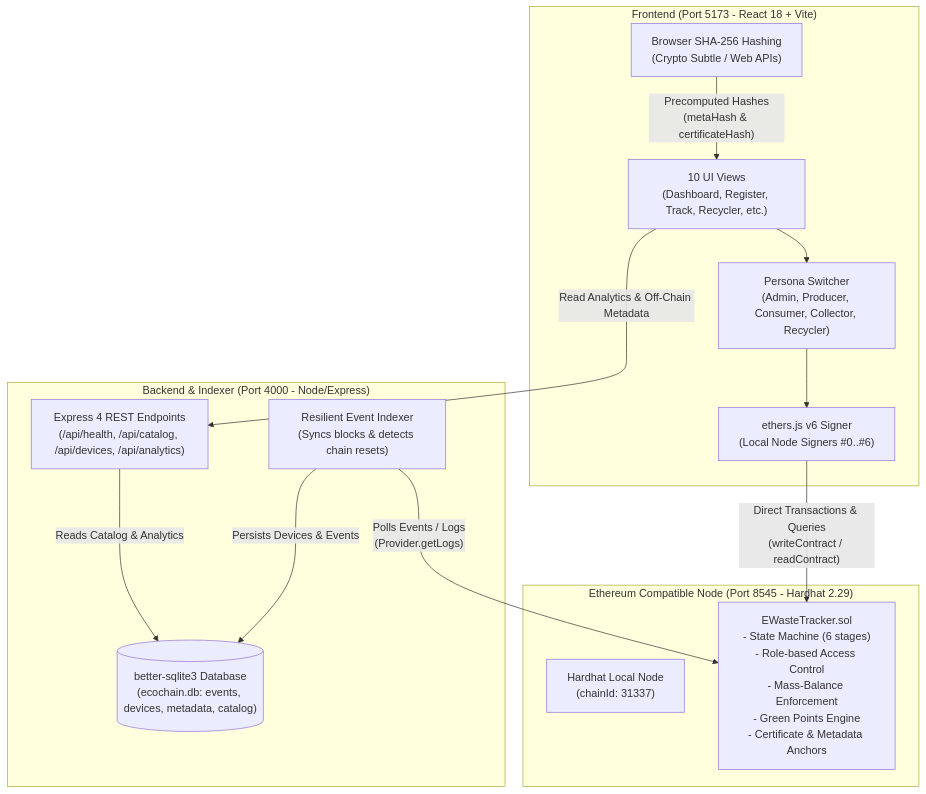
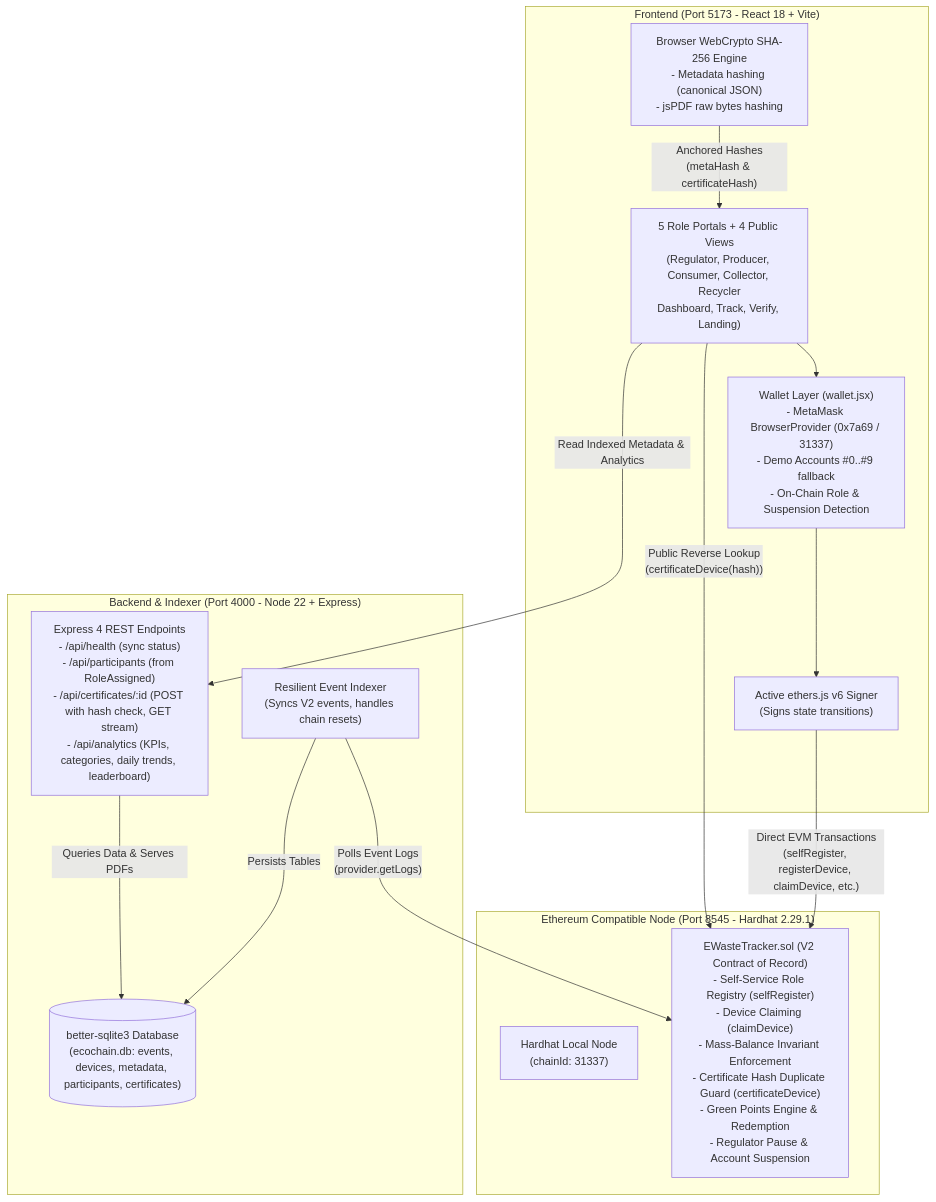
One commit to missnikk/ecochain-ewaste-tracker changed the first of 3 diagrams in docs/architecture.md. Above: the diagram before and after it, drawn with Mermaid. The commit also changed other lines of this file and 9 other files, not shown here.

````diff
--- a/docs/architecture.md
+++ b/docs/architecture.md
@@ -5,32 +5,33 @@
 ```mermaid
 flowchart TB
     subgraph Client ["Frontend (Port 5173 - React 18 + Vite)"]
-        UI["10 UI Views\n(Dashboard, Register, Track, Recycler, etc.)"]
-        Switcher["Persona Switcher\n(Admin, Producer, Consumer, Collector, Recycler)"]
-        Signer["ethers.js v6 Signer\n(Local Node Signers #0..#6)"]
-        HashCalc["Browser SHA-256 Hashing\n(Crypto Subtle / Web APIs)"]
+        UI["5 Role Portals + 4 Public Views\n(Regulator, Producer, Consumer, Collector, Recycler\nDashboard, Track, Verify, Landing)"]
+        WalletLayer["Wallet Layer (wallet.jsx)\n- MetaMask BrowserProvider (0x7a69 / 31337)\n- Demo Accounts #0..#9 fallback\n- On-Chain Role & Suspension Detection"]
+        Signer["Active ethers.js v6 Signer\n(Signs state transitions)"]
+        HashCalc["Browser WebCrypto SHA-256 Engine\n- Metadata hashing (canonical JSON)\n- jsPDF raw bytes hashing"]
     end
 
-    subgraph Blockchain ["Ethereum Compatible Node (Port 8545 - Hardhat 2.29)"]
+    subgraph Blockchain ["Ethereum Compatible Node (Port 8545 - Hardhat 2.29.1)"]
         Node["Hardhat Local Node\n(chainId: 31337)"]
-        Contract["EWasteTracker.sol\n- State Machine (6 stages)\n- Role-based Access Control\n- Mass-Balance Enforcement\n- Green Points Engine\n- Certificate & Metadata Anchors"]
+        Contract["EWasteTracker.sol (V2 Contract of Record)\n- Self-Service Role Registry (selfRegister)\n- Device Claiming (claimDevice)\n- Mass-Balance Invariant Enforcement\n- Certificate Hash Duplicate Guard (certificateDevice)\n- Green Points Engine & Redemption\n- Regulator Pause & Account Suspension"]
     end
 
-    subgraph BackendStore ["Backend & Indexer (Port 4000 - Node/Express)"]
-        API["Express 4 REST Endpoints\n(/api/health, /api/catalog, /api/devices, /api/analytics)"]
-        Indexer["Resilient Event Indexer\n(Syncs blocks & detects chain resets)"]
-        DB[("better-sqlite3 Database\n(ecochain.db: events, devices, metadata, catalog)")]
+    subgraph BackendStore ["Backend & Indexer (Port 4000 - Node 22 + Express)"]
+        API["Express 4 REST Endpoints\n- /api/health (sync status)\n- /api/participants (from RoleAssigned)\n- /api/certificates/:id (POST with hash check, GET stream)\n- /api/analytics (KPIs, categories, daily trends, leaderboard)"]
+        Indexer["Resilient Event Indexer\n(Syncs V2 events, handles chain resets)"]
+        DB[("better-sqlite3 Database\n(ecochain.db: events, devices, metadata, participants, certificates)")]
     end
 
     %% Client Interactions
-    UI --> Switcher
-    Switcher --> Signer
-    Signer -->|"Direct Transactions & Queries\n(writeContract / readContract)"| Contract
-    HashCalc -->|"Precomputed Hashes\n(metaHash & certificateHash)"| UI
-    UI -->|"Read Analytics & Off-Chain Metadata"| API
+    UI --> WalletLayer
+    WalletLayer --> Signer
+    Signer -->|"Direct EVM Transactions\n(selfRegister, registerDevice, claimDevice, etc.)"| Contract
+    HashCalc -->|"Anchored Hashes\n(metaHash & certificateHash)"| UI
+    UI -->|"Read Indexed Metadata & Analytics"| API
+    UI -->|"Public Reverse Lookup\n(certificateDevice(hash))"| Contract
 
     %% Backend Interactions
-    Indexer -->|"Polls Events / Logs\n(Provider.getLogs)"| Contract
-    Indexer -->|"Persists Devices & Events"| DB
-    API -->|"Reads Catalog & Analytics"| DB
+    Indexer -->|"Polls Event Logs\n(provider.getLogs)"| Contract
+    Indexer -->|"Persists Tables"| DB
+    API -->|"Queries Data & Serves PDFs"| DB
 ```
````
